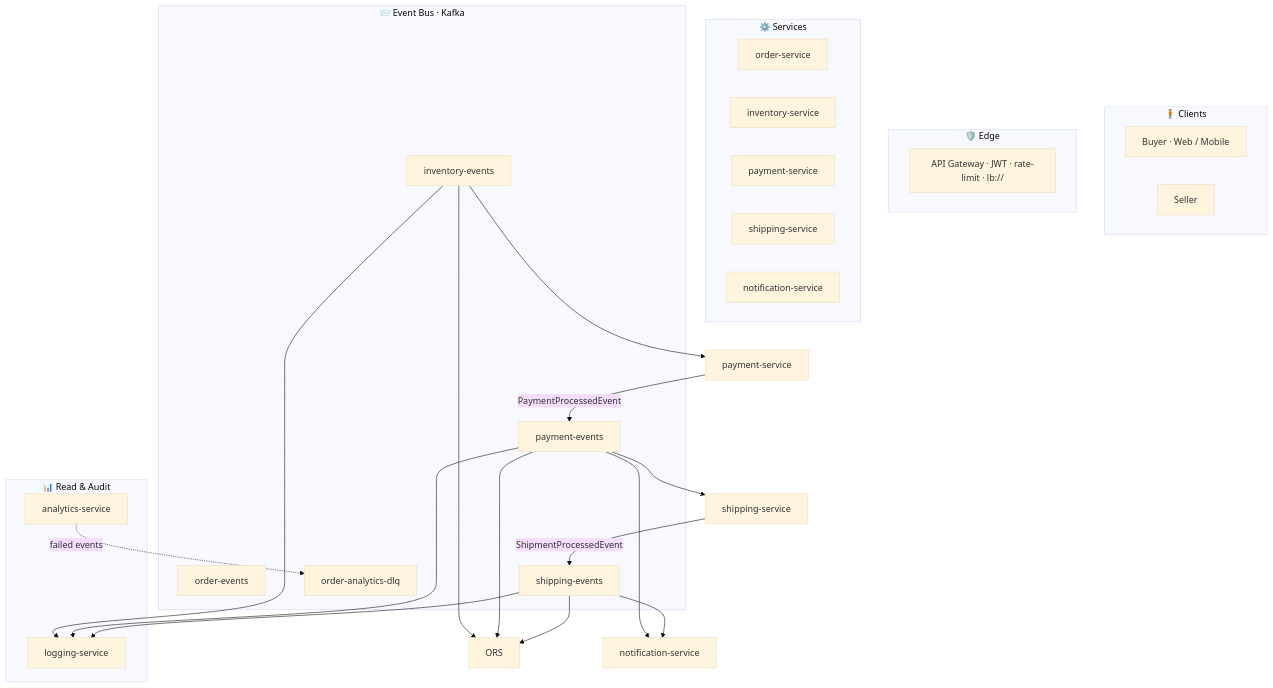
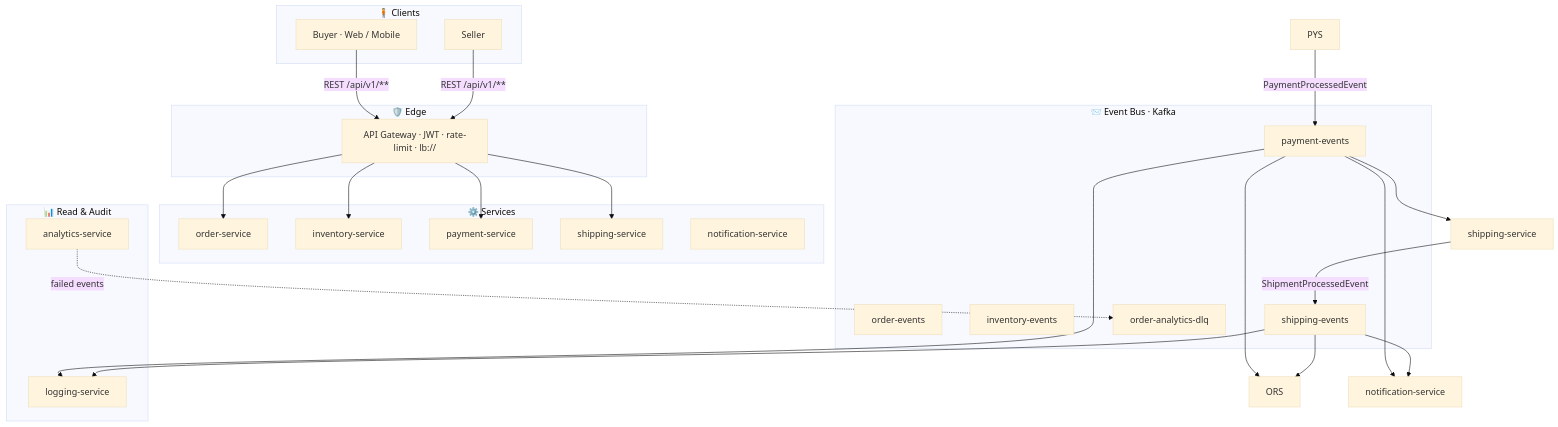
Before and after one commit to zexxitywave/EventDrivenMesh: the second of 3 diagrams in README.md, drawn with Mermaid (base theme).

Commit message:
docs(readme): draw client REST edges and gateway fan-out

````diff
--- a/README.md
+++ b/README.md
@@ -209,49 +209,50 @@
 ```mermaid
 flowchart TB
 
     subgraph CLIENTS["🧍 Clients"]
         BUYER["Buyer · Web / Mobile"]
         SELLER["Seller"]
     end
 
     subgraph EDGE["🛡️ Edge"]
         GW["API Gateway · JWT · rate-limit · lb://"]
     end
 
     subgraph SVC["⚙️ Services"]
         ORD["order-service"]
         INV["inventory-service"]
         PAY["payment-service"]
         SHP["shipping-service"]
         NOT["notification-service"]
     end
 
     subgraph BUS["📨 Event Bus · Kafka"]
         OE["order-events"]
         IE["inventory-events"]
         PE["payment-events"]
         SE["shipping-events"]
         DLQ["order-analytics-dlq"]
     end
 
     subgraph OBS["📊 Read & Audit"]
         ANS["analytics-service"]
         LGS["logging-service"]
     end
-    IE --> ORS
-    IE --> PYS[payment-service]
-    IE --> LGS
+
+    BUYER -- REST /api/v1/** --> GW
+    SELLER -- REST /api/v1/** --> GW
+    GW --> ORD & INV & PAY & SHP
 
     PYS -->|PaymentProcessedEvent| PE[payment-events]
     PE --> ORS
     PE --> SHS[shipping-service]
     PE --> NTS[notification-service]
     PE --> LGS
 
     SHS -->|ShipmentProcessedEvent| SE[shipping-events]
     SE --> ORS
     SE --> NTS
     SE --> LGS
 
     ANS -.failed events.-> DLQ[order-analytics-dlq]
 ```
````
